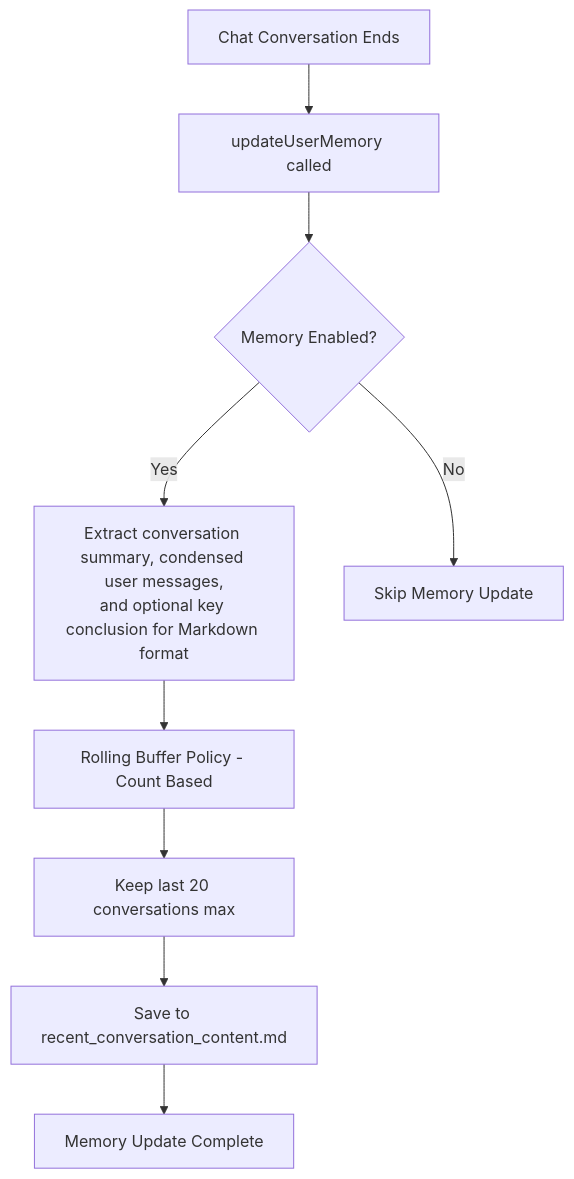
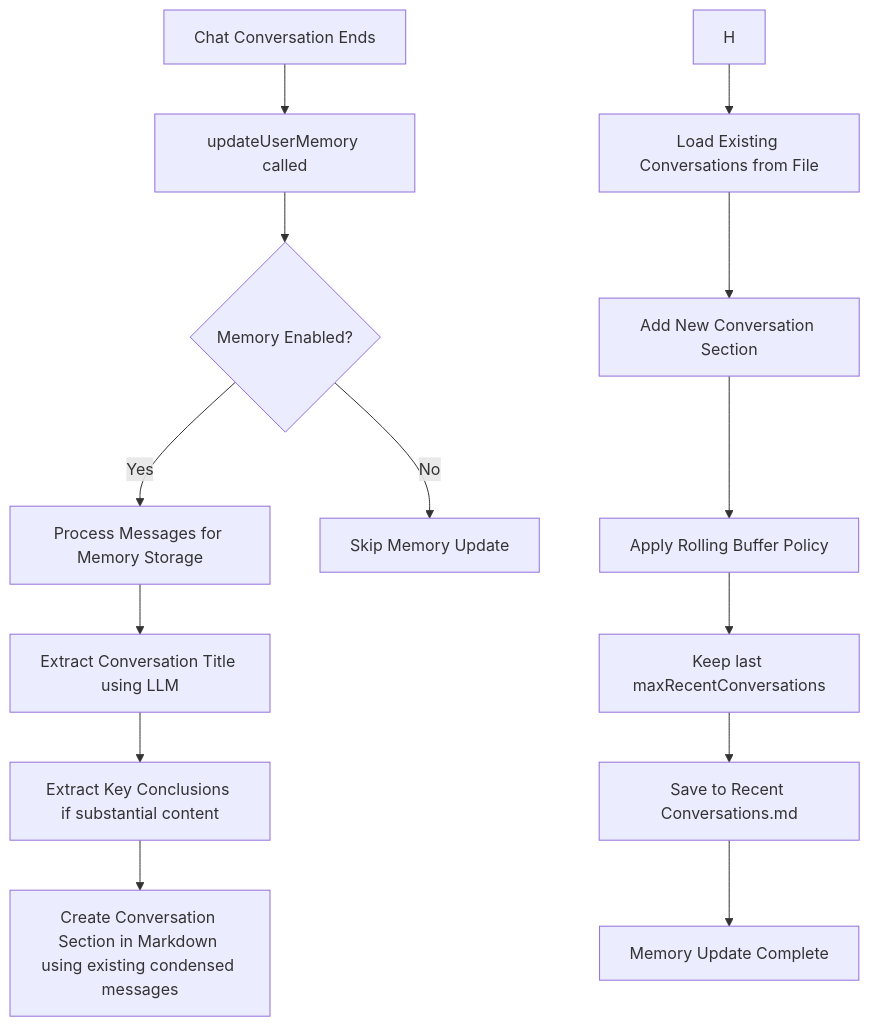
One commit to logancyang/obsidian-copilot changed the diagram in src/memory/memory-design.md. Above: the diagram before and after it, drawn with Mermaid. The commit also changed other lines of this file and 3 other files, not shown here.

````diff
--- a/src/memory/memory-design.md
+++ b/src/memory/memory-design.md
@@ -9,14 +9,21 @@
 ```mermaid
 graph TD
     %% Triggers for Memory Updates
     A[Chat Conversation Ends] --> B[updateUserMemory called]
     B --> C{Memory Enabled?}
-    C -->|Yes| D[Extract conversation summary, condensed user messages,<br/>and optional key conclusion for Markdown format]
+    C -->|Yes| D[Process Messages for Memory Storage]
     C -->|No| Z[Skip Memory Update]
 
-    %% Recent Memory Only (Simplified)
-    D --> E[Rolling Buffer Policy - Count Based]
-    E --> F[Keep last 20 conversations max]
-    F --> G[Save to recent_conversation_content.md]
-    G --> H[Memory Update Complete]
+    %% Message Processing
+    D --> E[Extract Conversation Title using LLM]
+    E --> F[Extract Key Conclusions if substantial content]
+    F --> G[Create Conversation Section in Markdown using existing condensed messages]
+
+    %% Storage and Rolling Buffer
+    H --> I[Load Existing Conversations from File]
+    I --> J[Add New Conversation Section]
+    J --> K[Apply Rolling Buffer Policy]
+    K --> L[Keep last maxRecentConversations]
+    L --> M[Save to Recent Conversations.md]
+    M --> N[Memory Update Complete]
 ```
````
